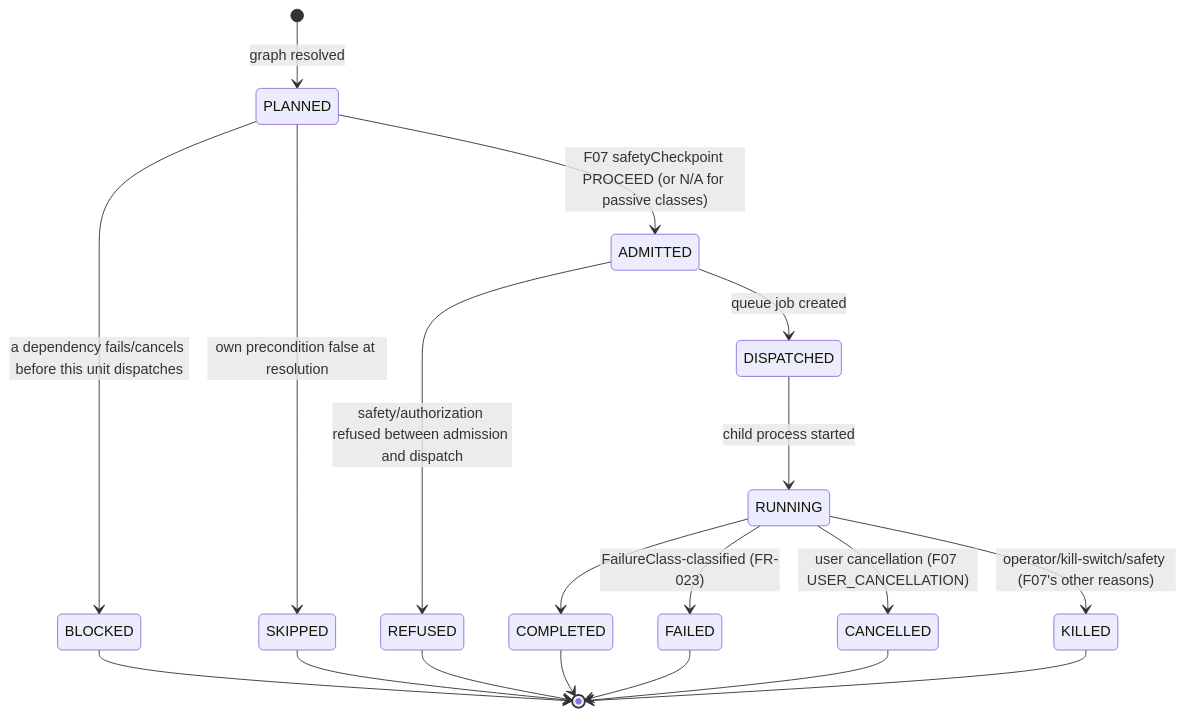
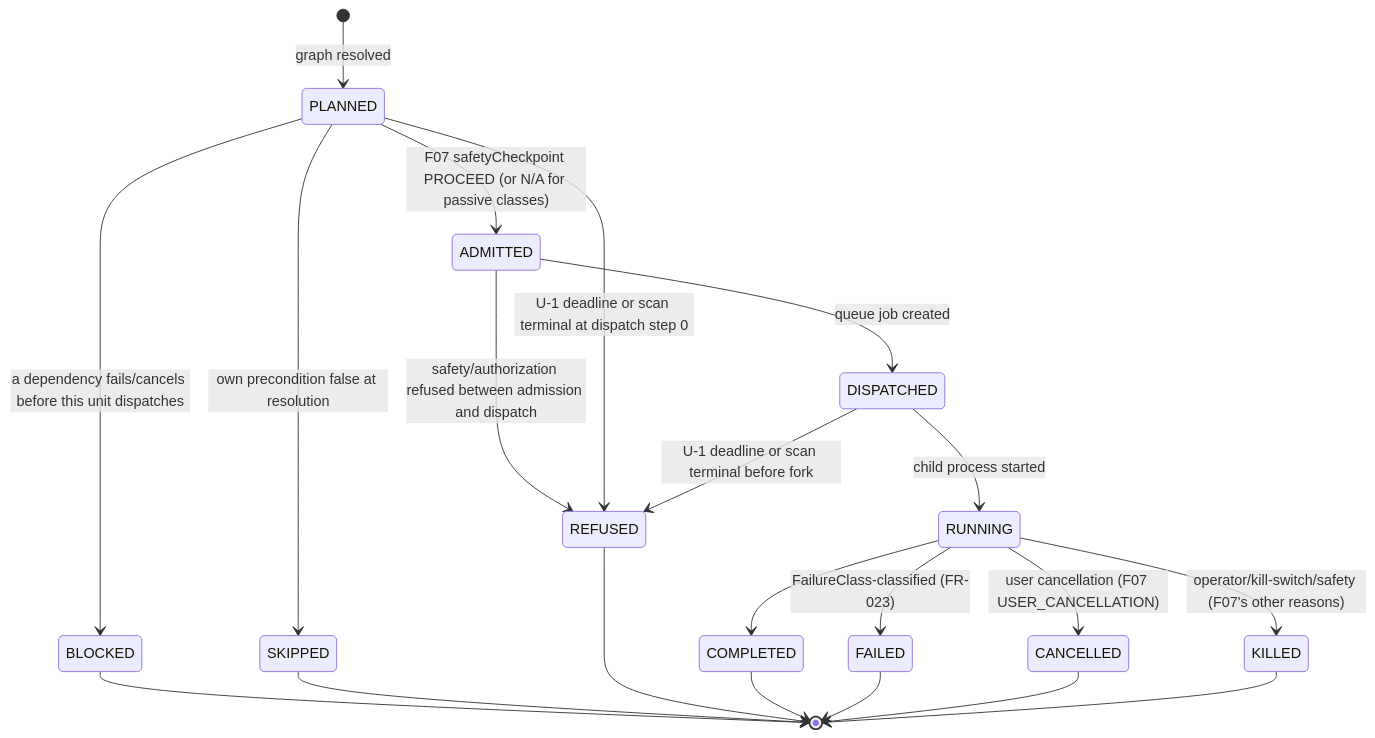
Before and after one commit to Yousef-Abdallah-1711/Webaudit-ai-: the fifth of 10 diagrams in specs/009-core-scan-execution-platform/plan.md, drawn with Mermaid. The commit also changed other lines of this file and 11 other files, not shown here.

First line of the commit message:
docs(specs): SPEC 009 U-1 scan-deadline amendment, 009 correction, 001 T185 path note

````diff
--- a/specs/009-core-scan-execution-platform/plan.md
+++ b/specs/009-core-scan-execution-platform/plan.md
@@ -251,21 +251,23 @@
 ```mermaid
 stateDiagram-v2
     [*] --> PLANNED: graph resolved
     PLANNED --> SKIPPED: own precondition false at resolution
     PLANNED --> BLOCKED: a dependency fails/cancels before this unit dispatches
     PLANNED --> ADMITTED: F07 safetyCheckpoint PROCEED (or N/A for passive classes)
     ADMITTED --> REFUSED: safety/authorization refused between admission and dispatch
+    PLANNED --> REFUSED: U-1 deadline or scan terminal at dispatch step 0
+    DISPATCHED --> REFUSED: U-1 deadline or scan terminal before fork
     ADMITTED --> DISPATCHED: queue job created
     DISPATCHED --> RUNNING: child process started
     RUNNING --> COMPLETED
     RUNNING --> FAILED: FailureClass-classified (FR-023)
     RUNNING --> CANCELLED: user cancellation (F07 USER_CANCELLATION)
     RUNNING --> KILLED: operator/kill-switch/safety (F07's other reasons)
     BLOCKED --> [*]
     SKIPPED --> [*]
     REFUSED --> [*]
     COMPLETED --> [*]
     FAILED --> [*]
     CANCELLED --> [*]
     KILLED --> [*]
 ```
````
